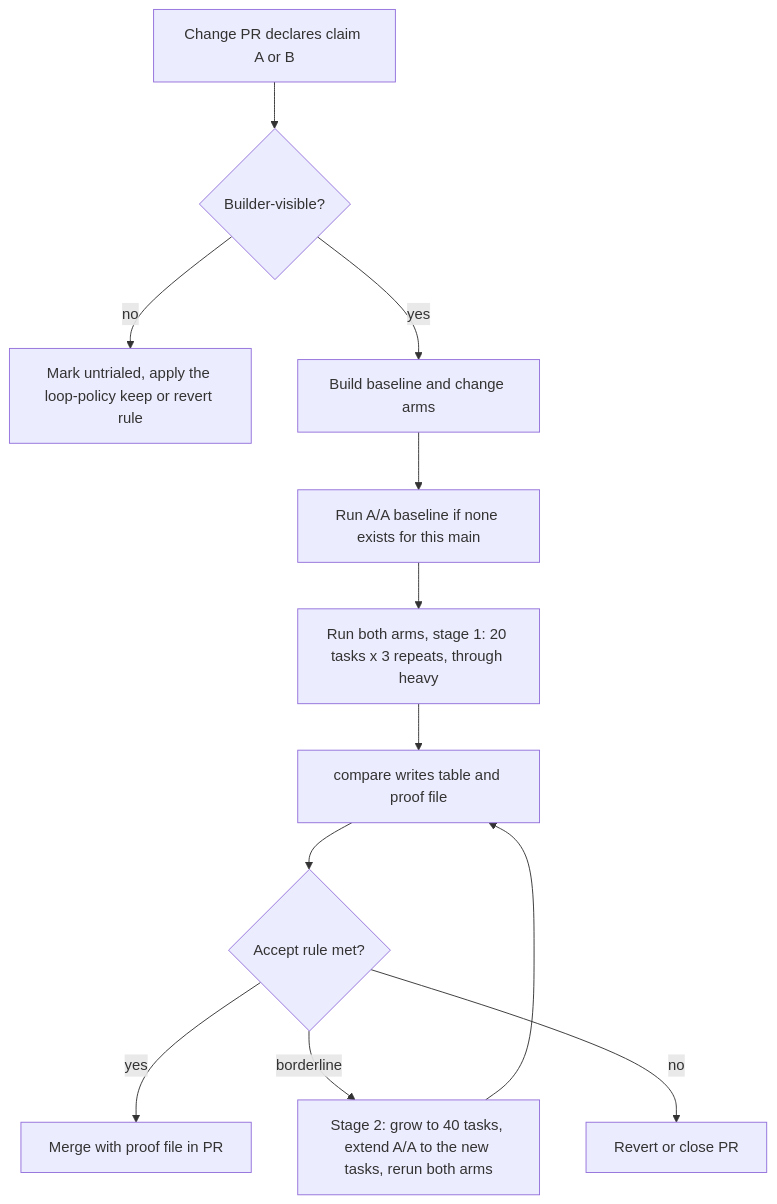
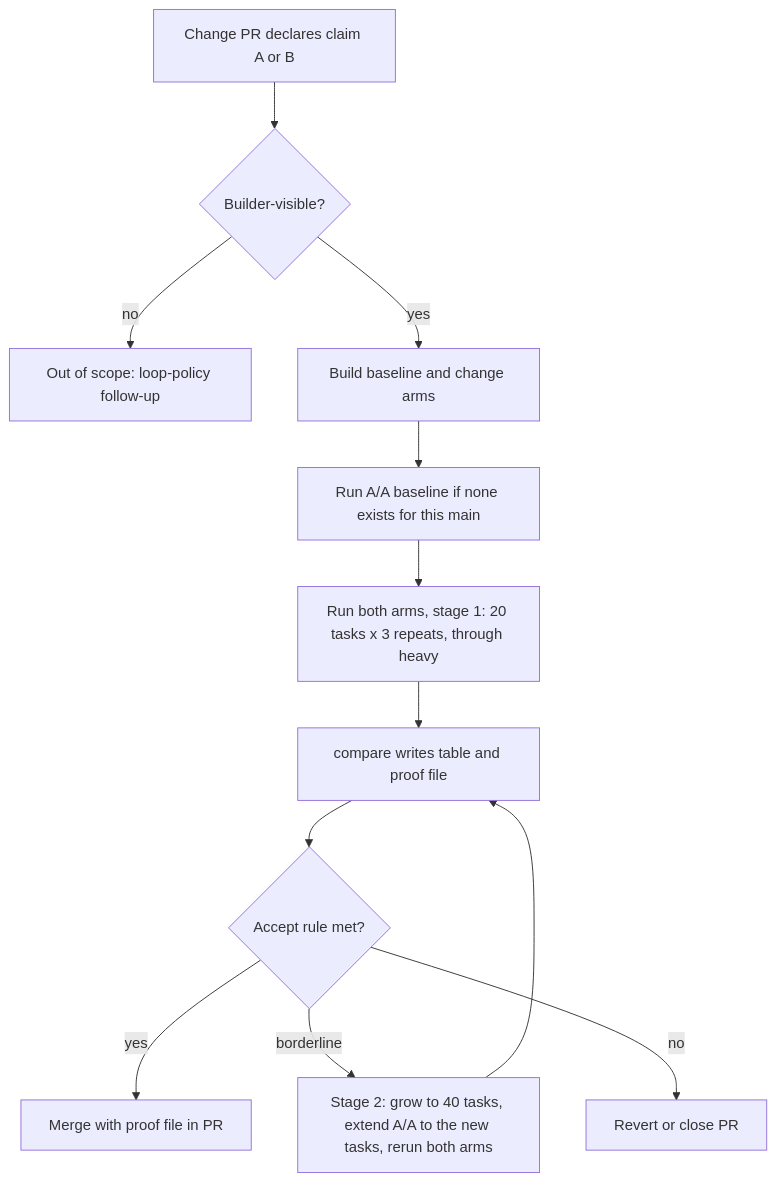
Before and after one commit to shyamsivakumar/mac-ops: the diagram in docs/loop-change-trials.md, drawn with Mermaid. The commit also changed other lines of this file, not shown here.

Commit message:
Cut the loop-policy rule from the trial design note (Refs #505)

````diff
--- a/docs/loop-change-trials.md
+++ b/docs/loop-change-trials.md
@@ -250,14 +213,14 @@
 ```mermaid
 flowchart TD
     A[Change PR declares claim A or B] --> B{Builder-visible?}
-    B -- no --> U[Mark untrialed, apply the loop-policy keep or revert rule]
+    B -- no --> U[Out of scope: loop-policy follow-up]
     B -- yes --> C[Build baseline and change arms]
     C --> D[Run A/A baseline if none exists for this main]
     D --> E[Run both arms, stage 1: 20 tasks x 3 repeats, through heavy]
     E --> F[compare writes table and proof file]
     F --> G{Accept rule met?}
     G -- yes --> H[Merge with proof file in PR]
     G -- "borderline" --> I[Stage 2: grow to 40 tasks, extend A/A to the new tasks, rerun both arms]
     G -- no --> R[Revert or close PR]
     I --> F
 ```
````
